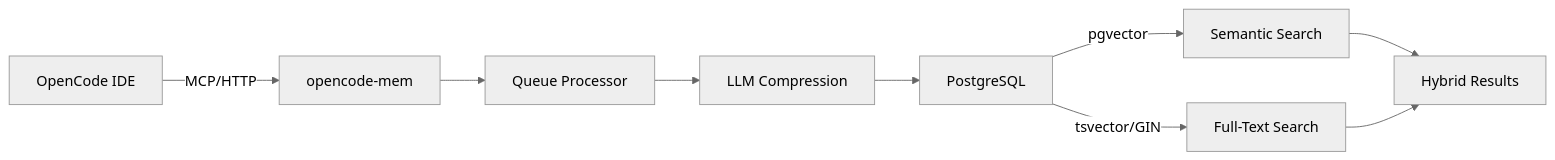
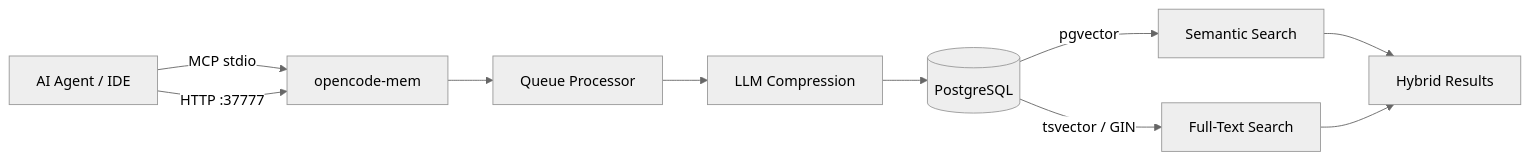
One commit to Stranmor/opencode-mem changed the diagram in README.md. Above: the diagram before and after it, drawn with Mermaid (neutral theme). The commit also changed other lines of this file and 65 other files, not shown here.

````diff
--- a/README.md
+++ b/README.md
@@ -41,10 +51,11 @@
 ```mermaid
 graph LR
-    A[OpenCode IDE] -->|MCP/HTTP| B[opencode-mem]
+    A[AI Agent / IDE] -->|MCP stdio| B[opencode-mem]
+    A -->|HTTP :37777| B
     B --> C[Queue Processor]
     C --> D[LLM Compression]
-    D --> E[PostgreSQL]
+    D --> E[(PostgreSQL)]
     E -->|pgvector| F[Semantic Search]
-    E -->|tsvector/GIN| G[Full-Text Search]
+    E -->|tsvector / GIN| G[Full-Text Search]
     F & G --> H[Hybrid Results]
 ```
````
